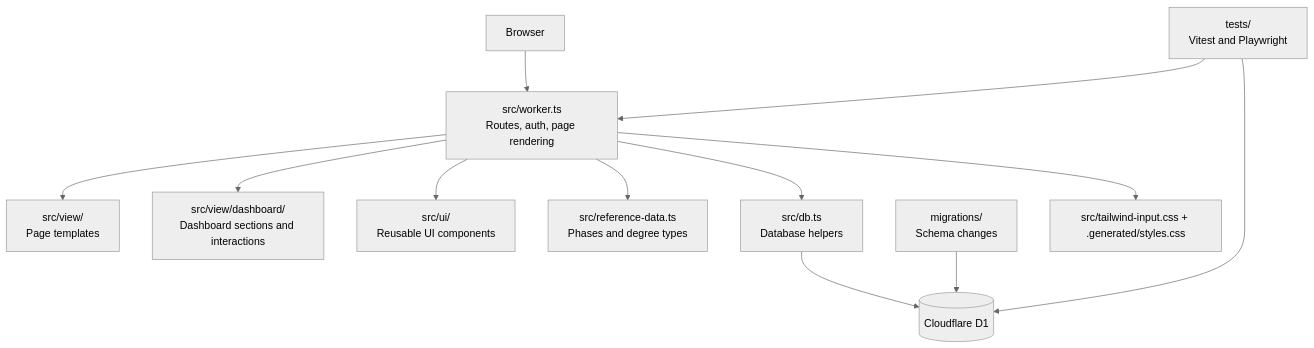
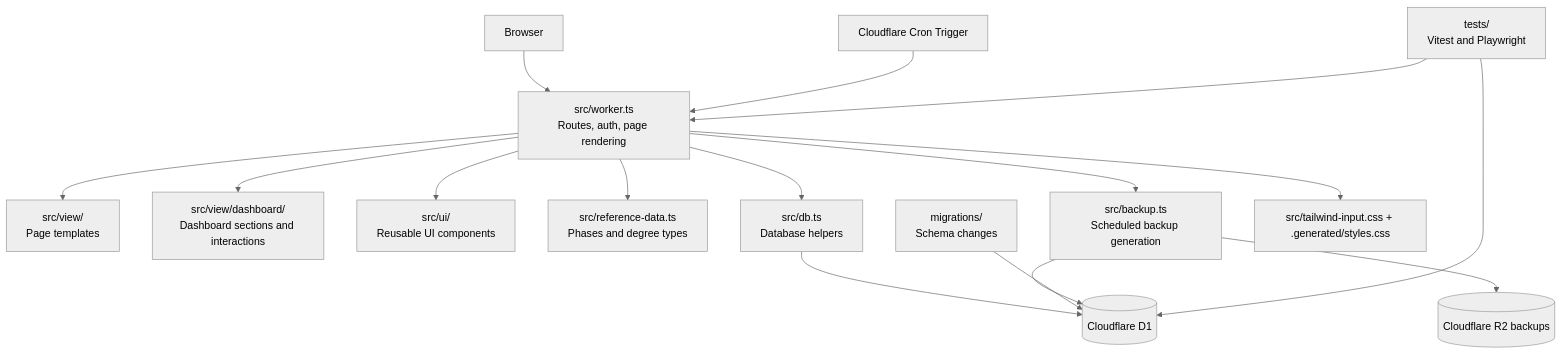
Before and after one commit to bebraw/thesis-journey-tracker: the diagram in docs/project-structure.md, drawn with Mermaid (neutral theme). The commit also changed other lines of this file and 9 other files, not shown here.

````diff
--- a/docs/project-structure.md
+++ b/docs/project-structure.md
@@ -28,26 +29,33 @@
 ```mermaid
 graph TD
     Browser[Browser]
     Worker[src/worker.ts<br/>Routes, auth, page rendering]
     Views[src/view/<br/>Page templates]
     Dashboard[src/view/dashboard/<br/>Dashboard sections and interactions]
     UI[src/ui/<br/>Reusable UI components]
     Reference[src/reference-data.ts<br/>Phases and degree types]
     DB[src/db.ts<br/>Database helpers]
+    Backup[src/backup.ts<br/>Scheduled backup generation]
     D1[(Cloudflare D1)]
+    R2[(Cloudflare R2 backups)]
     Migrations[migrations/<br/>Schema changes]
     Tests[tests/<br/>Vitest and Playwright]
     CSS[src/tailwind-input.css + .generated/styles.css]
+    Cron[Cloudflare Cron Trigger]
 
     Browser --> Worker
     Worker --> Views
     Worker --> Dashboard
     Worker --> UI
     Worker --> Reference
     Worker --> DB
+    Worker --> Backup
     Worker --> CSS
     DB --> D1
+    Cron --> Worker
+    Backup --> D1
+    Backup --> R2
     Migrations --> D1
     Tests --> Worker
     Tests --> D1
 ```
````
